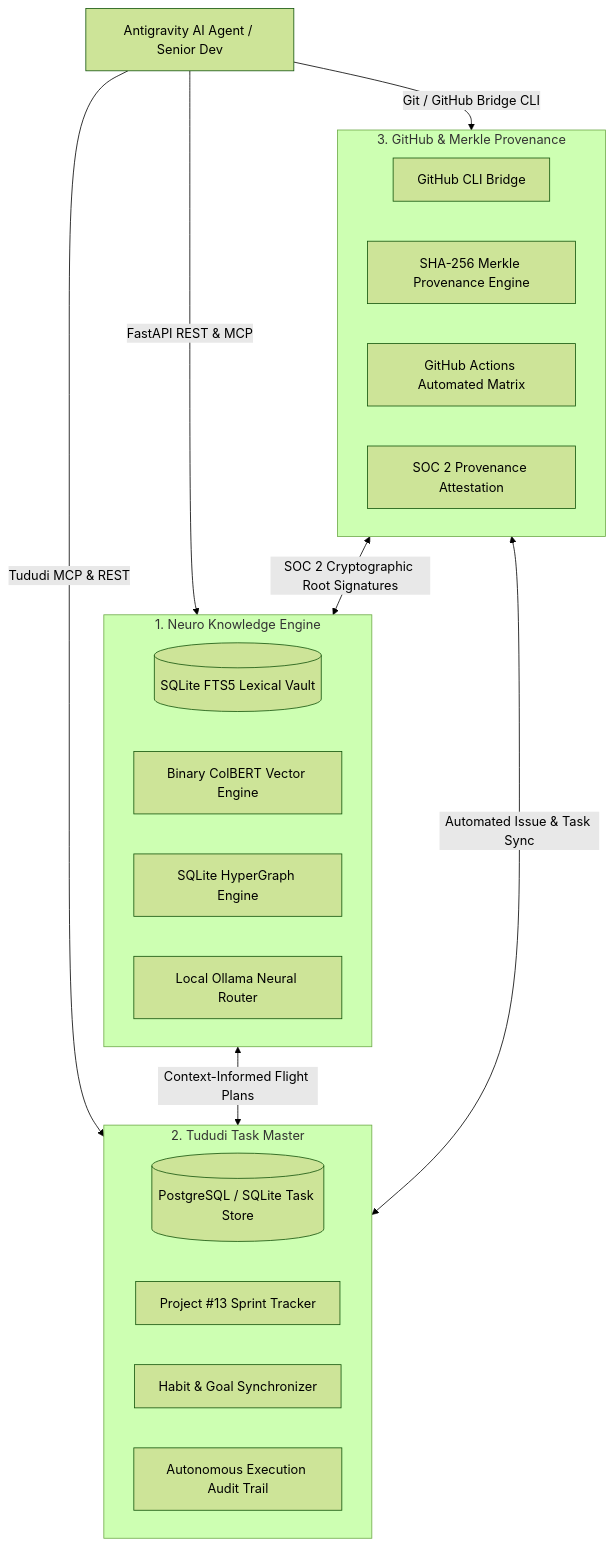
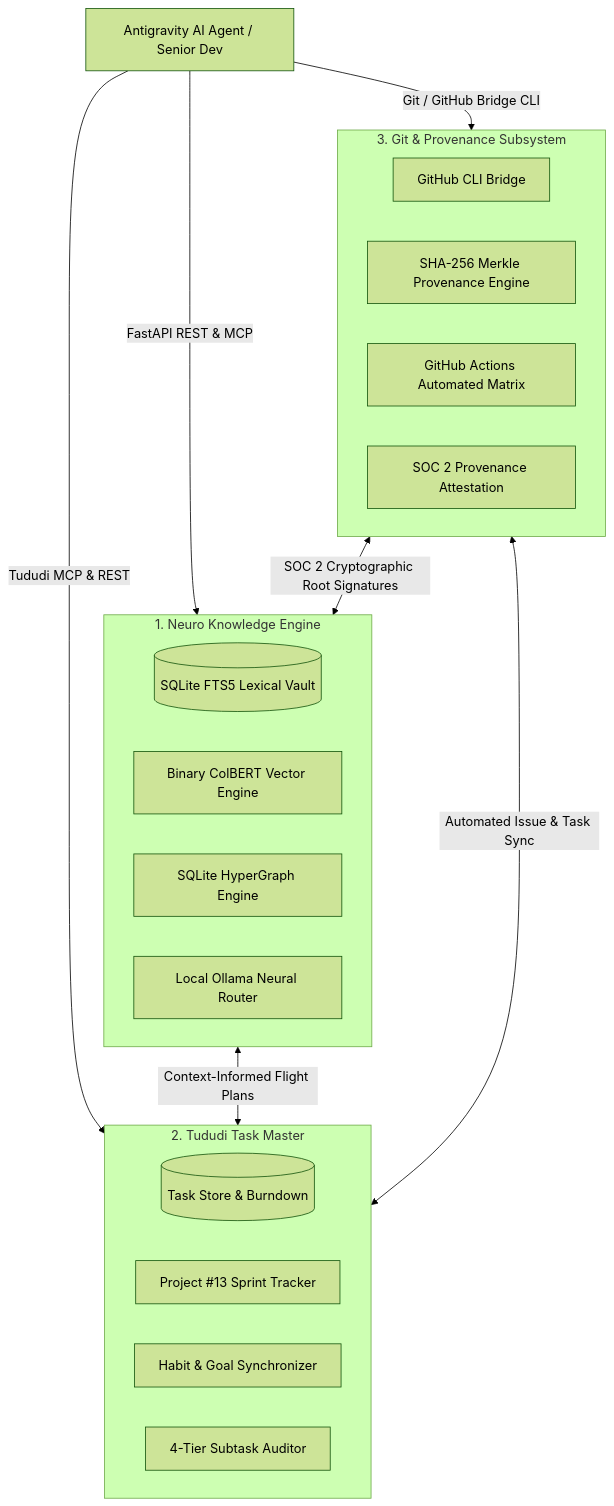
The first of 8 diagrams in docs/system_architecture_diagrams.md (SavianAlexander/uroboros-knowledge-engine), drawn with Mermaid (forest theme) before and after one commit. The commit also changed other lines of this file and 24 other files, not shown here.

Commit message:
chore(nomenclature): exhaustive deep normalization across all files, diagrams, and tests [Tududi #1692 | Neuro Hash: 7c2e9a3f]

````diff
--- a/docs/system_architecture_diagrams.md
+++ b/docs/system_architecture_diagrams.md
@@ -23,31 +23,31 @@
 ```mermaid
 graph TB
     subgraph Engine1["1. Neuro Knowledge Engine"]
         FTS5[("SQLite FTS5 Lexical Vault")]
         ColBERT["Binary ColBERT Vector Engine"]
         GraphDB["SQLite HyperGraph Engine"]
         Ollama["Local Ollama Neural Router"]
     end
 
     subgraph Engine2["2. Tududi Task Master"]
-        TaskDB[("PostgreSQL / SQLite Task Store")]
+        TaskDB[("Task Store & Burndown")]
         SprintEngine["Project #13 Sprint Tracker"]
         Habits["Habit & Goal Synchronizer"]
-        AuditTrail["Autonomous Execution Audit Trail"]
+        AuditLedger["4-Tier Subtask Auditor"]
     end
 
-    subgraph Engine3["3. GitHub & Merkle Provenance"]
+    subgraph Engine3["3. Git & Provenance Subsystem"]
         GitCLI["GitHub CLI Bridge"]
         MerkleEngine["SHA-256 Merkle Provenance Engine"]
         CIWorkflows["GitHub Actions Automated Matrix"]
         ReleaseCert["SOC 2 Provenance Attestation"]
     end
 
     Agent["Antigravity AI Agent / Senior Dev"] -->|FastAPI REST & MCP| Engine1
     Agent -->|Tududi MCP & REST| Engine2
     Agent -->|Git / GitHub Bridge CLI| Engine3
 
     Engine1 <-->|Context-Informed Flight Plans| Engine2
     Engine2 <-->|Automated Issue & Task Sync| Engine3
     Engine3 <-->|SOC 2 Cryptographic Root Signatures| Engine1
 ```
````
